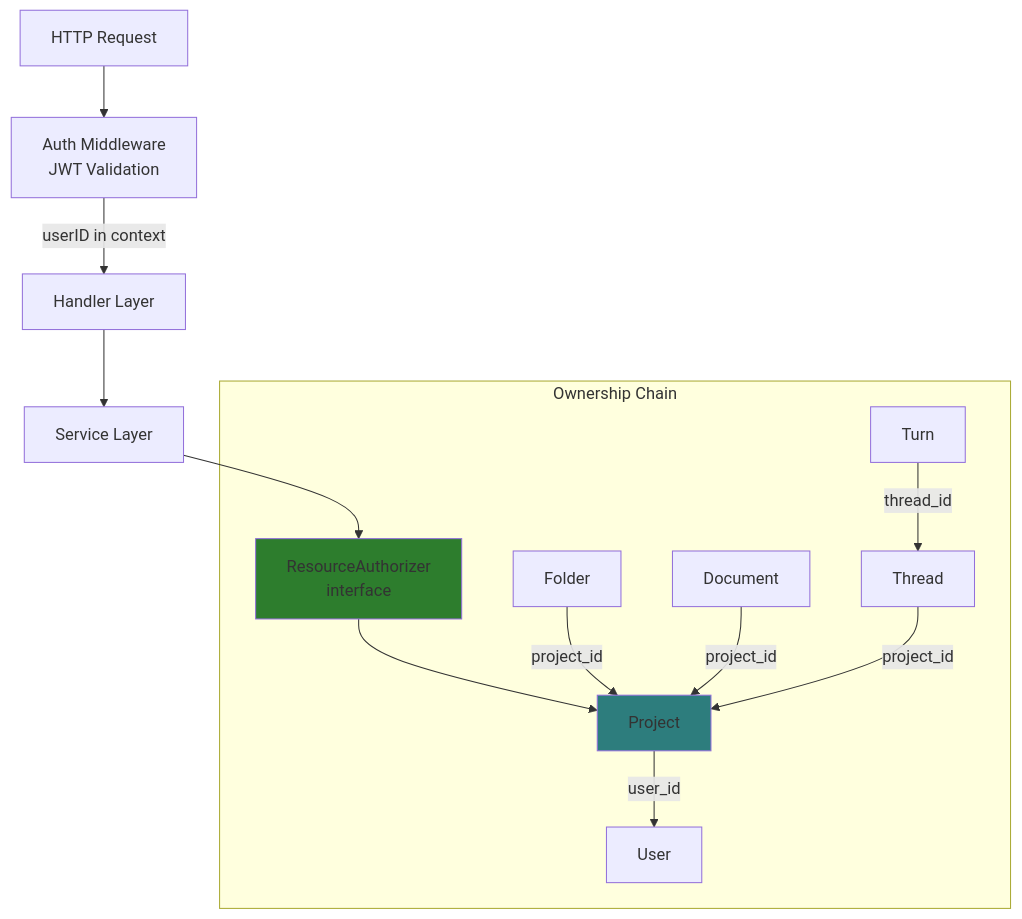
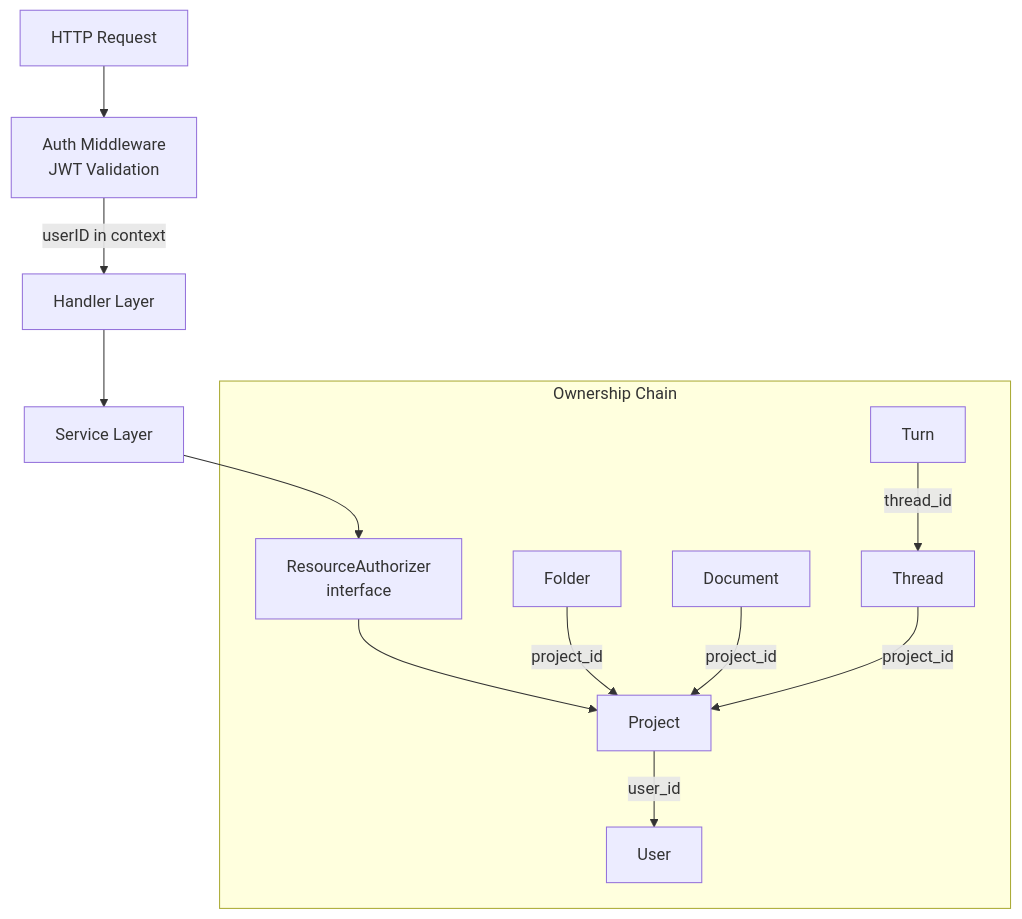
Before and after one commit to haowjy/meridian-flow: the diagram in _docs/technical/backend/auth/authorization.md, drawn with Mermaid. The commit also changed 46 other files, not shown here.

````diff
--- a/_docs/technical/backend/auth/authorization.md
+++ b/_docs/technical/backend/auth/authorization.md
@@ -12,25 +12,23 @@
 ```mermaid
 graph TB
     Request[HTTP Request]
     Middleware[Auth Middleware<br/>JWT Validation]
     Handler[Handler Layer]
     Service[Service Layer]
     Authorizer[ResourceAuthorizer<br/>interface]
 
     Request --> Middleware
     Middleware -->|"userID in context"| Handler
     Handler --> Service
     Service --> Authorizer
 
     subgraph "Ownership Chain"
         Authorizer --> Project[Project]
         Project -->|"user_id"| User[User]
         Folder[Folder] -->|"project_id"| Project
         Document[Document] -->|"project_id"| Project
         Thread[Thread] -->|"project_id"| Project
         Turn[Turn] -->|"thread_id"| Thread
     end
 
-    style Authorizer fill:#2d7d2d
-    style Project fill:#2d7d7d
 ```
````
